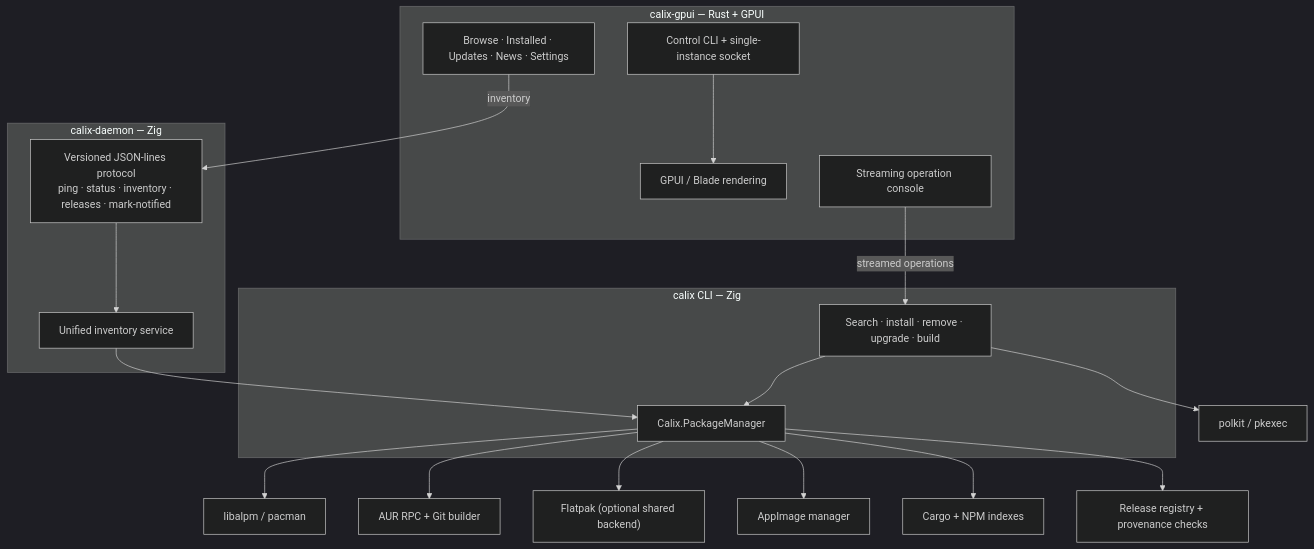
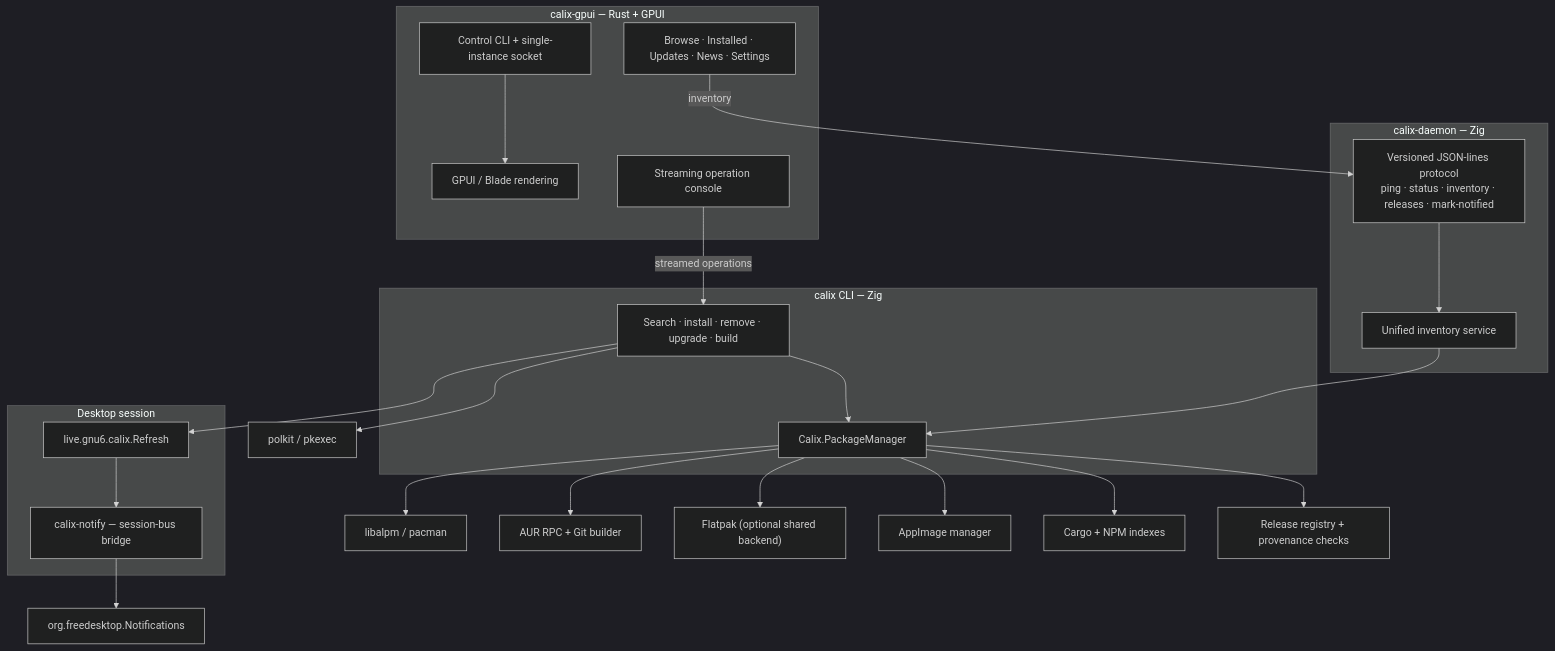
The diagram in README.md (gnu6dotlive/calix), drawn with Mermaid (dark theme) before and after one commit. The commit also changed other lines of this file and 2 other files, not shown here.

````diff
--- a/README.md
+++ b/README.md
@@ -142,34 +184,42 @@
 ```mermaid
 graph TD
     subgraph UI["calix-gpui — Rust + GPUI"]
         GPUI["GPUI / Blade rendering"]
         Workspace["Browse · Installed · Updates · News · Settings"]
         Console["Streaming operation console"]
         Control["Control CLI + single-instance socket"]
     end
 
     subgraph Daemon["calix-daemon — Zig"]
         Protocol["Versioned JSON-lines protocol<br/>ping · status · inventory · releases · mark-notified"]
         Inventory["Unified inventory service"]
     end
 
     subgraph Backend["calix CLI — Zig"]
         CLI["Search · install · remove · upgrade · build"]
         Lib["Calix.PackageManager"]
     end
 
+    subgraph Desktop["Desktop session"]
+        Notify["calix-notify — session-bus bridge"]
+        Bus["live.gnu6.calix.Refresh"]
+    end
+
     Workspace -->|inventory| Protocol
     Protocol --> Inventory
     Console -->|streamed operations| CLI
     Control --> GPUI
     CLI --> Lib
     Inventory --> Lib
 
     Lib --> ALPM["libalpm / pacman"]
     Lib --> AUR["AUR RPC + Git builder"]
     Lib --> FP["Flatpak (optional shared backend)"]
     Lib --> AI["AppImage manager"]
     Lib --> CN["Cargo + NPM indexes"]
     Lib --> REL["Release registry + provenance checks"]
     CLI --> Polkit["polkit / pkexec"]
+    CLI --> Bus
+    Bus --> Notify
+    Notify --> Notifications["org.freedesktop.Notifications"]
 ```
````
